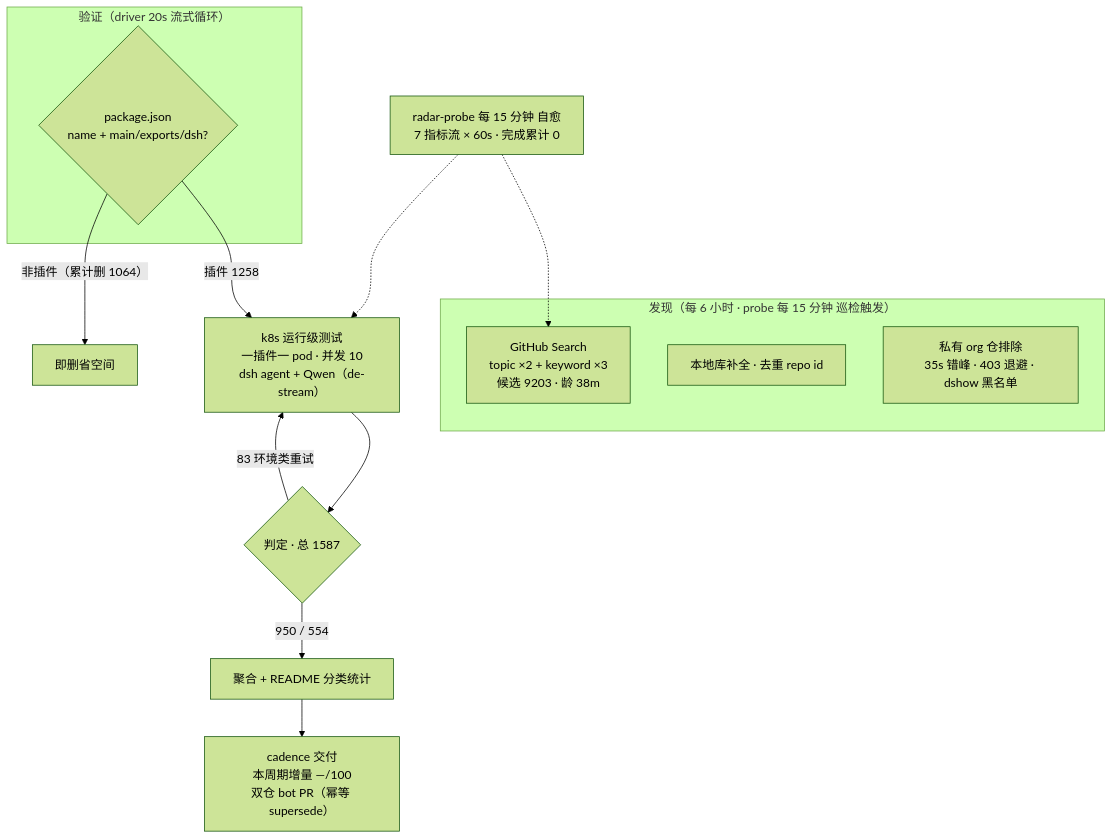
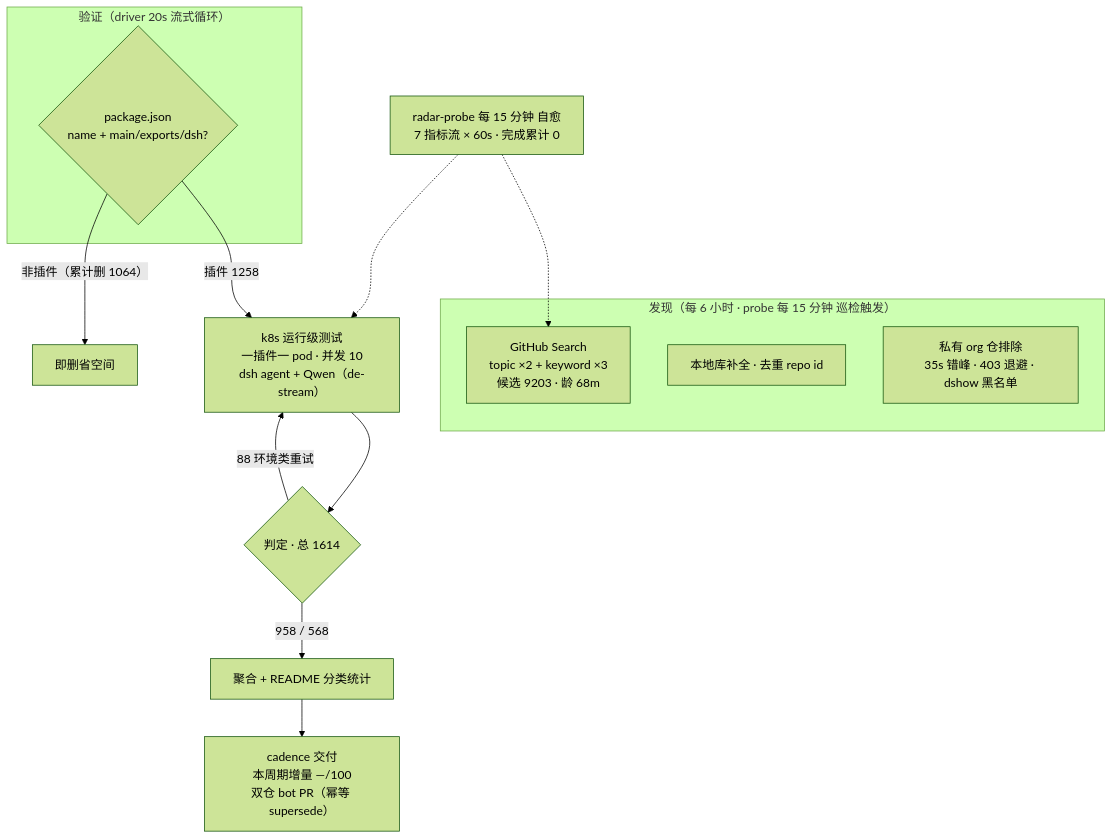
One commit to Zhidao-Lab-OSS/awesome-dsh-plugins changed the diagram in README.md. Above: the diagram before and after it, drawn with Mermaid (forest theme). The commit also changed other lines of this file and 1 other file, not shown here.

````diff
--- a/README.md
+++ b/README.md
@@ -30,19 +30,19 @@
 ```mermaid
 flowchart TB
     subgraph Discovery[" 发现（每 6 小时 · probe 每 15 分钟 巡检触发）"]
-        A1["GitHub Search<br/>topic ×2 + keyword ×3<br/>候选 9203 · 龄 38m"]
+        A1["GitHub Search<br/>topic ×2 + keyword ×3<br/>候选 9203 · 龄 68m"]
         A2["本地库补全 · 去重 repo id"]
         A3[" 私有 org 仓排除<br/>35s 错峰 · 403 退避 · dshow 黑名单"]
     end
     subgraph Validation[" 验证（driver 20s 流式循环）"]
         B1{"package.json<br/>name + main/exports/dsh?"}
     end
     B1 -->|"插件 1258"| C1["k8s 运行级测试<br/>一插件一 pod · 并发 10<br/>dsh agent + Qwen（de-stream）"]
     B1 -->|"非插件（累计删 1064）"| B3[" 即删省空间"]
-    C1 --> D1{"判定 · 总 1587"}
-    D1 -->|" 950 /  554"| E1["聚合 + README 分类统计"]
-    D1 -->|" 83 环境类重试"| C1
+    C1 --> D1{"判定 · 总 1614"}
+    D1 -->|" 958 /  568"| E1["聚合 + README 分类统计"]
+    D1 -->|" 88 环境类重试"| C1
     E1 --> E2["cadence 交付<br/>本周期增量 —/100<br/>双仓 bot PR（幂等 supersede）"]
     M[" radar-probe 每 15 分钟 自愈<br/>7 指标流 × 60s · 完成累计 0"] -.-> A1
     M -.-> C1
 ```
````
